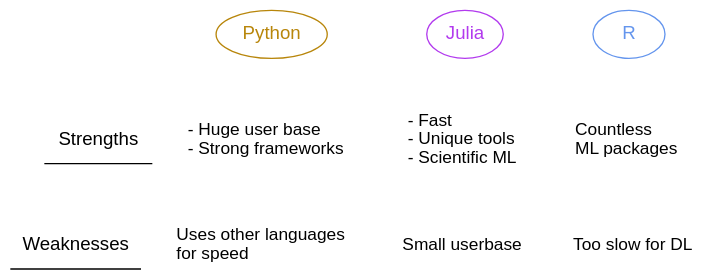
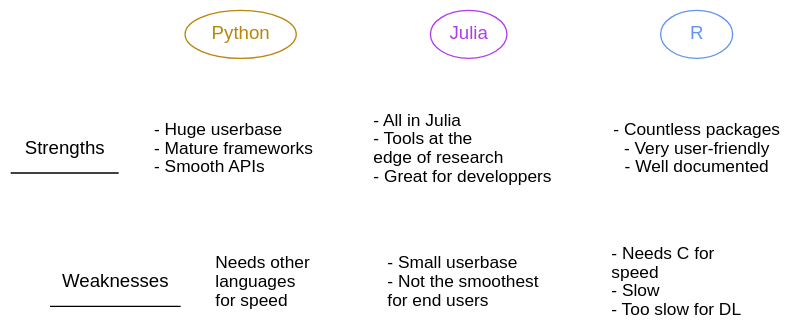
Before and after one commit to WestDRI/arc-training: diagram 19 of 23 in ml/frameworks_slides.qmd, drawn with Graphviz. The commit also changed other lines of this file, not shown here.

Commit message:
more improvements and little tweaks frameworks slides. Add more info

````diff
--- a/ml/frameworks_slides.qmd
+++ b/ml/frameworks_slides.qmd
@@ -833,36 +1165,36 @@
 ```{dot}
 //| echo: false
 
 strict graph {
   
 bgcolor="transparent"
 graph [fontname="Inconsolata, sans-serif"]
 node [fontname="Inconsolata, sans-serif"]
 edge [style=invis]
 
-1 [label="- Huge user base\l- Strong frameworks\l", shape=plaintext, fontsize=13]
-2 [label="Uses other languages\lfor speed\l", shape=plaintext, fontsize=13]
-3 [label="- Fast\l- Unique tools\l- Scientific ML\l", shape=plaintext, fontsize=13, URL="https://sciml.ai/"]
-4 [label="Small userbase\l", shape=plaintext, fontsize=13]
-5 [label="Countless\lML packages\l", shape=plaintext, fontsize=13]
-6 [label="Too slow for DL\l", shape=plaintext, fontsize=13]
+1 [label="- Huge userbase\l- Mature frameworks\l- Smooth APIs\l", shape=plaintext, fontsize=13]
+2 [label="Needs other\llanguages\lfor speed\l", shape=plaintext, fontsize=13]
+3 [label="- All in Julia\l- Tools at the\ledge of research\l- Great for developpers\l", shape=plaintext, fontsize=13, URL="https://sciml.ai/"]
+4 [label="- Small userbase\l- Not the smoothest\lfor end users\l", shape=plaintext, fontsize=13]
+5 [label="- Countless packages\n- Very user-friendly\n- Well documented", shape=plaintext, fontsize=13]
+6 [label="- Needs C for\lspeed\l- Slow\l- Too slow for DL\l", shape=plaintext, fontsize=13]
 
 Strengths [shape=underline]
 Weaknesses [shape=underline]
 
 Python [color=darkgoldenrod, fontcolor=darkgoldenrod, URL="https://www.python.org/"]
 Julia [color=darkorchid2, fontcolor=darkorchid2, URL="https://julialang.org/"]
 R [color=cornflowerblue, fontcolor=cornflowerblue, URL="https://www.r-project.org/"]
 
 {rank=same; Strengths 1 3 5}
 {rank=same; Weaknesses 2 4 6}
 
 Python -- 1 -- 2
 Julia -- 3 -- 4
 R -- 5 -- 6
 
 Strengths -- 1 -- 3 -- 5
 Weaknesses -- 2 -- 4 -- 6
 
 }
 ```
````
